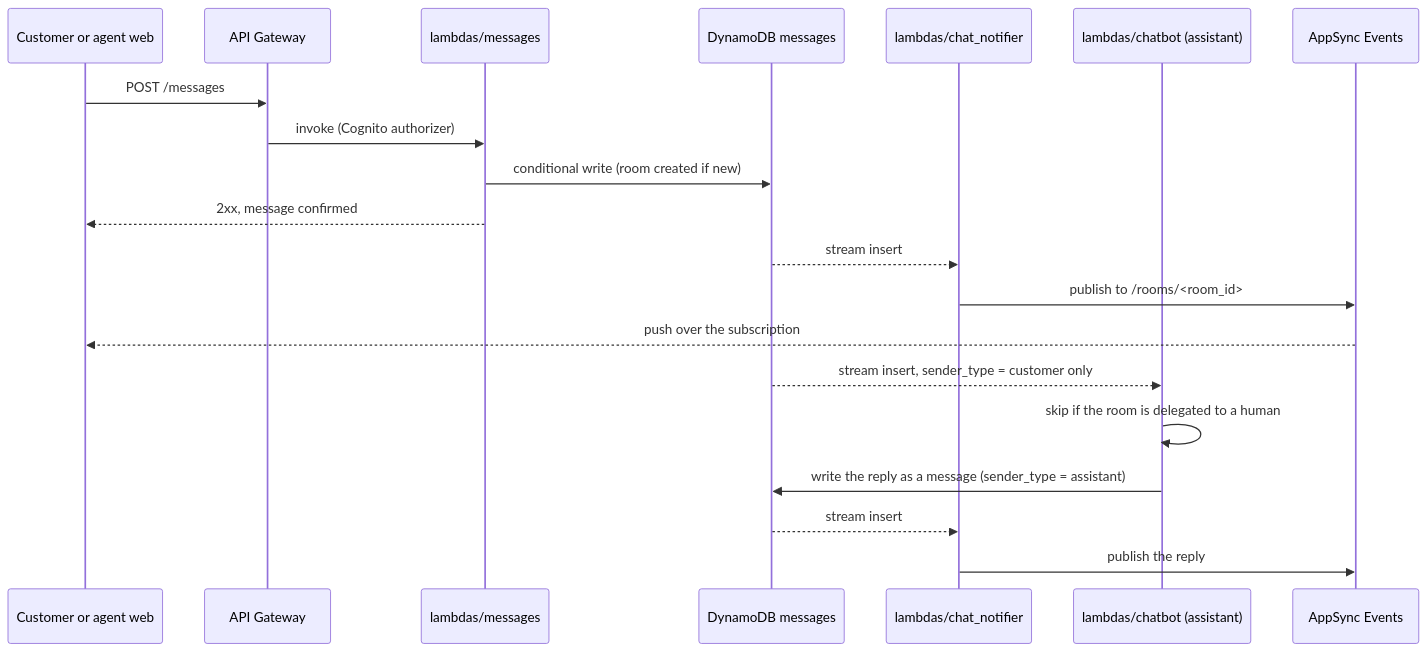
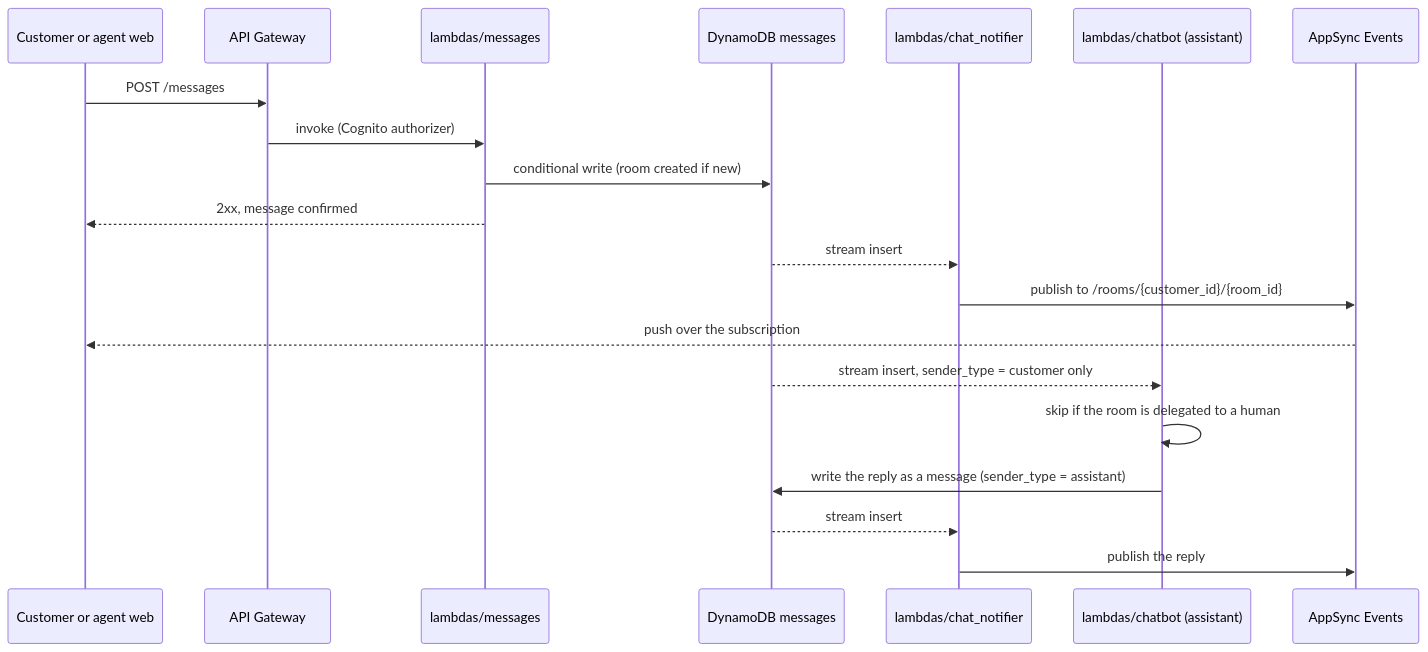
The diagram in docs/modules/messaging/flows.md (Team-ACGS/factored-hackathon-2026-acgs), drawn with Mermaid before and after one commit. The commit also changed other lines of this file and 20 other files, not shown here.

````diff
--- a/docs/modules/messaging/flows.md
+++ b/docs/modules/messaging/flows.md
@@ -15,23 +15,23 @@
 ```mermaid
 sequenceDiagram
     participant C as Customer or agent web
     participant GW as API Gateway
     participant M as lambdas/messages
     participant DDB as DynamoDB messages
     participant N as lambdas/chat_notifier
     participant Bot as lambdas/chatbot (assistant)
     participant Evt as AppSync Events
 
     C->>GW: POST /messages
     GW->>M: invoke (Cognito authorizer)
     M->>DDB: conditional write (room created if new)
     M-->>C: 2xx, message confirmed
     DDB-->>N: stream insert
-    N->>Evt: publish to /rooms/<room_id>
+    N->>Evt: publish to /rooms/{customer_id}/{room_id}
     Evt-->>C: push over the subscription
     DDB-->>Bot: stream insert, sender_type = customer only
     Bot->>Bot: skip if the room is delegated to a human
     Bot->>DDB: write the reply as a message (sender_type = assistant)
     DDB-->>N: stream insert
     N->>Evt: publish the reply
 ```
````
